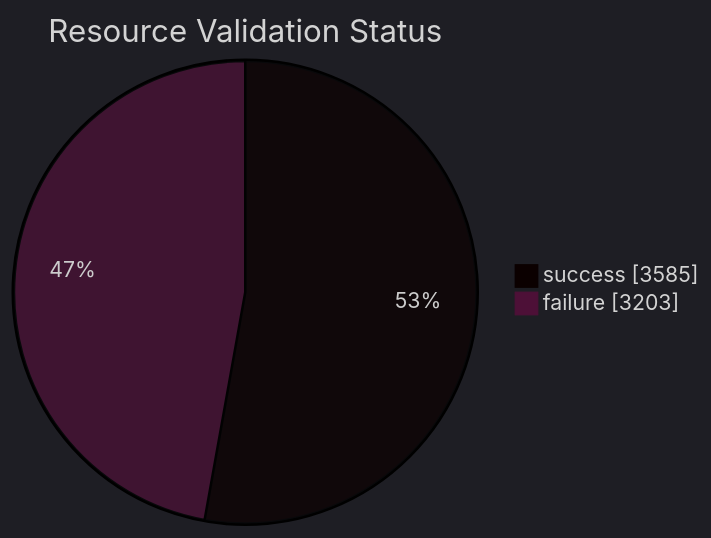
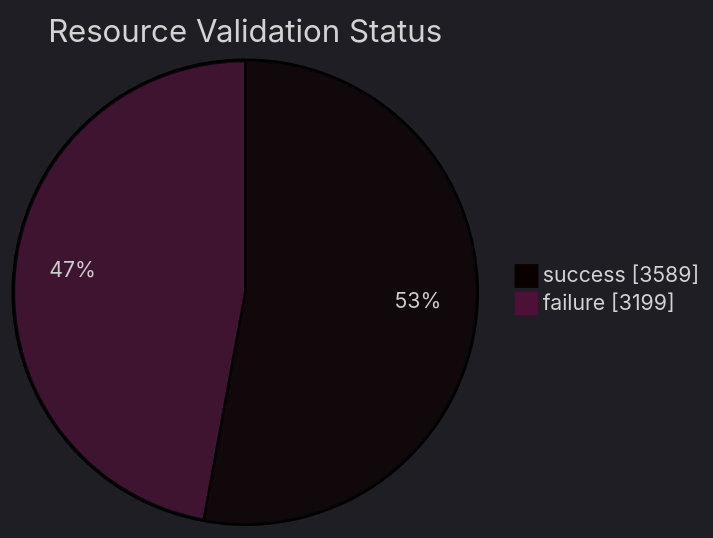
The first of 5 diagrams in datastore_tracker/README.md (open-data/analytics-corporate-reporting), drawn with Mermaid before and after one commit. The commit also changed 7 other files, not shown here.

````diff
--- a/datastore_tracker/README.md
+++ b/datastore_tracker/README.md
@@ -20,9 +20,9 @@
 ```mermaid
 ---
 config:
   theme: dark
 ---
 pie showData title Resource Validation Status
-    "success": 3585
-    "failure": 3203
+    "success": 3589
+    "failure": 3199
 ```
````
